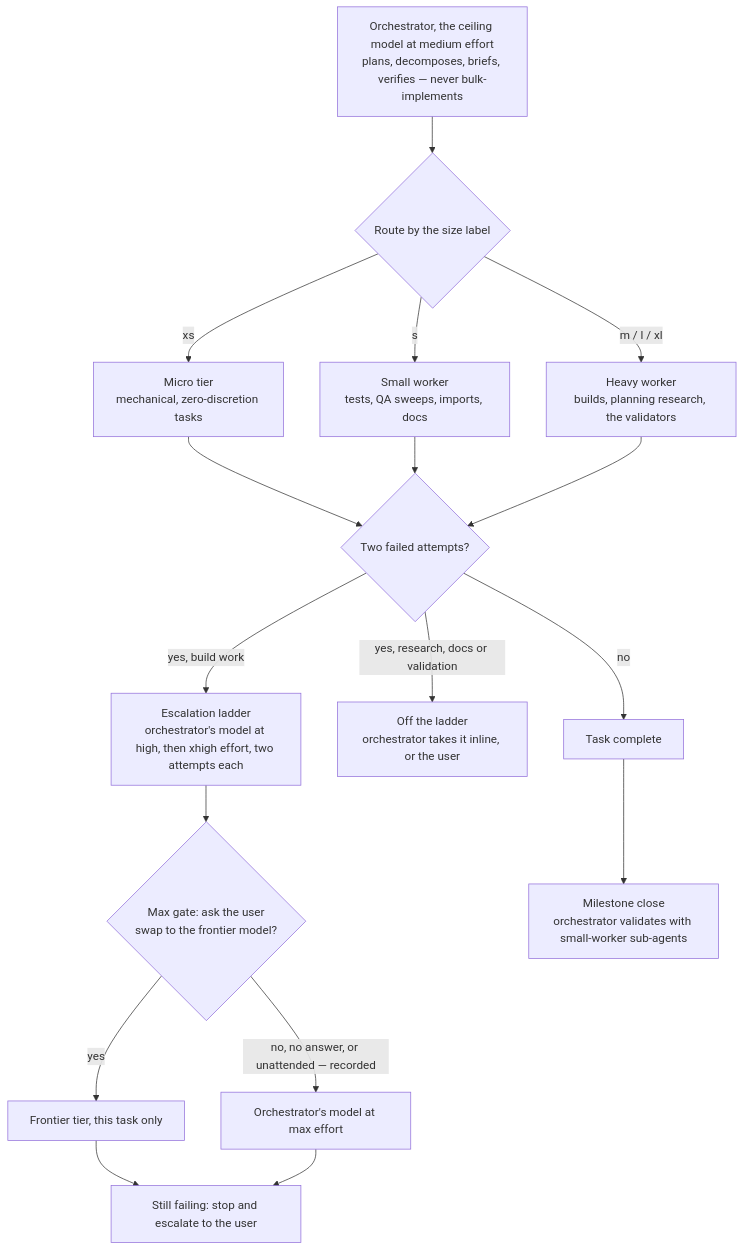
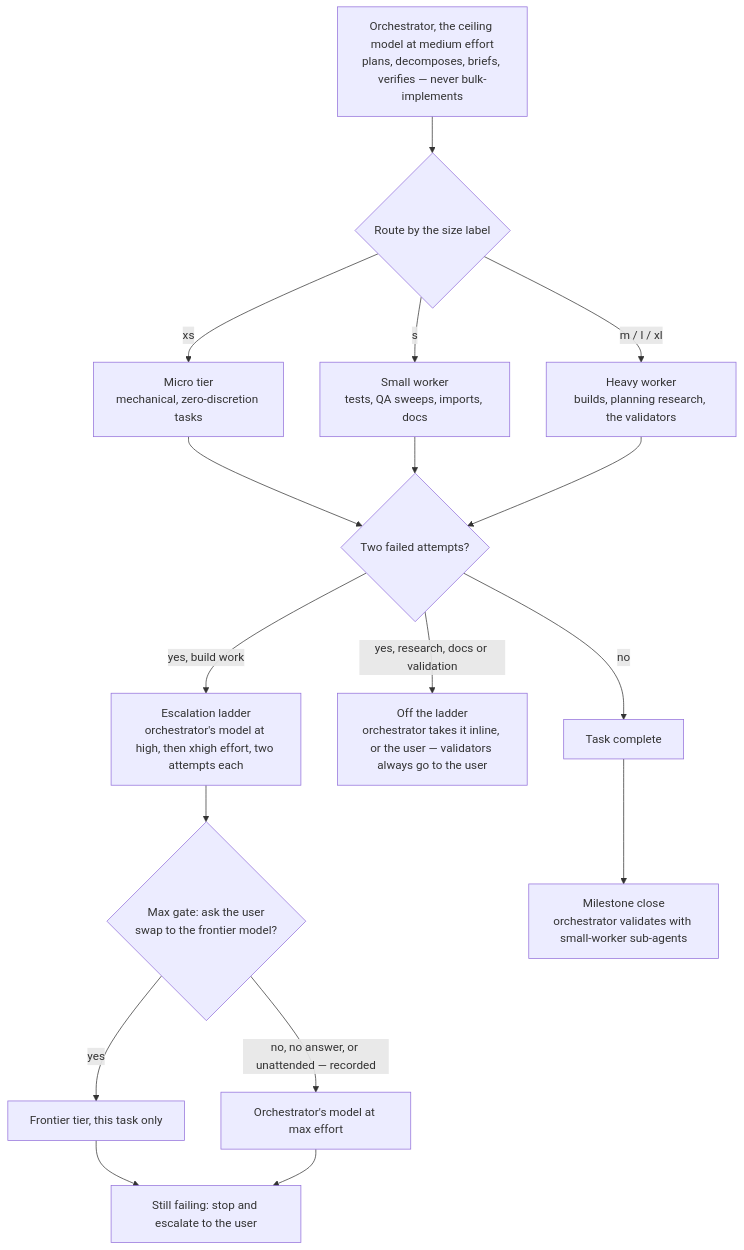
One commit to Zenosyne-Technologies/agent-operating-kit changed the second of 3 diagrams in README.md. Above: the diagram before and after it, drawn with Mermaid. The commit also changed other lines of this file and 3 other files, not shown here.

````diff
--- a/README.md
+++ b/README.md
@@ -138,19 +138,19 @@
 ```mermaid
 flowchart TD
     O["Orchestrator, the ceiling model at medium effort<br/>plans, decomposes, briefs, verifies — never bulk-implements"] --> R{"Route by the size label"}
     R -->|xs| MI["Micro tier<br/>mechanical, zero-discretion tasks"]
     R -->|s| SM["Small worker<br/>tests, QA sweeps, imports, docs"]
     R -->|m / l / xl| HV["Heavy worker<br/>builds, planning research, the validators"]
     MI --> X{"Two failed attempts?"}
     SM --> X
     HV --> X
     X -->|yes, build work| EH["Escalation ladder<br/>orchestrator's model at high, then xhigh effort, two attempts each"]
-    X -->|yes, research, docs or validation| OL["Off the ladder<br/>orchestrator takes it inline, or the user"]
+    X -->|yes, research, docs or validation| OL["Off the ladder<br/>orchestrator takes it inline, or the user — validators always go to the user"]
     X -->|no| DN["Task complete"]
     EH --> MG{"Max gate: ask the user<br/>swap to the frontier model?"}
     MG -->|yes| EF["Frontier tier, this task only"]
     MG -->|no, no answer, or unattended — recorded| EM["Orchestrator's model at max effort"]
     EF --> ST["Still failing: stop and escalate to the user"]
     EM --> ST
     DN --> MS["Milestone close<br/>orchestrator validates with small-worker sub-agents"]
 ```
````
